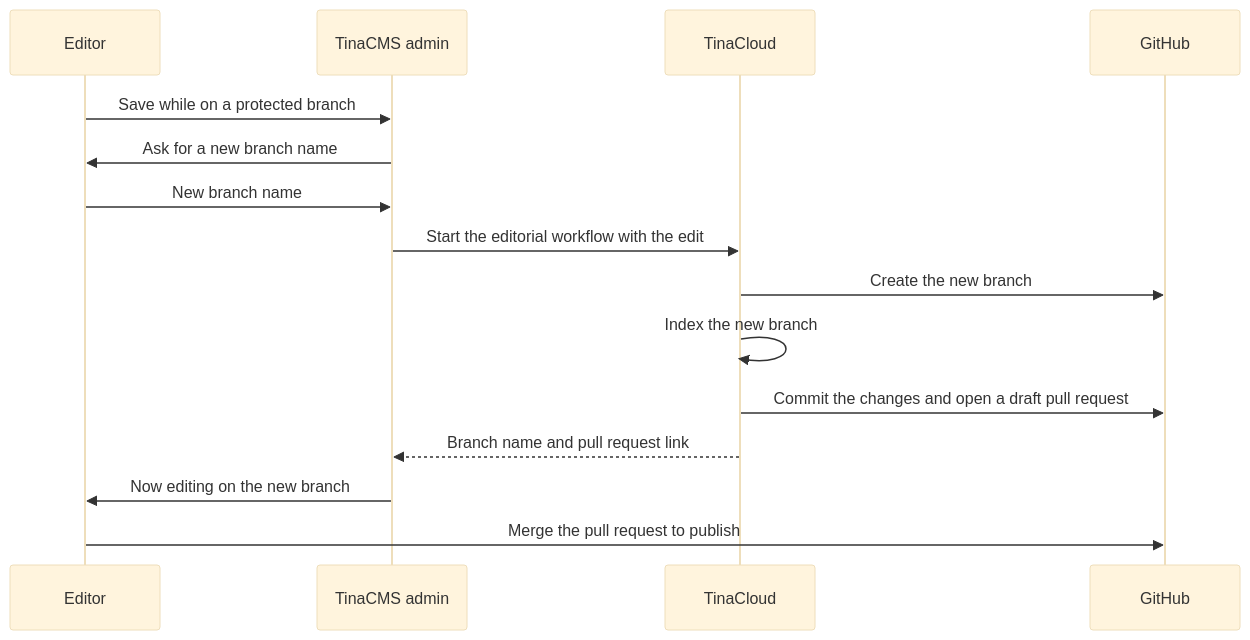
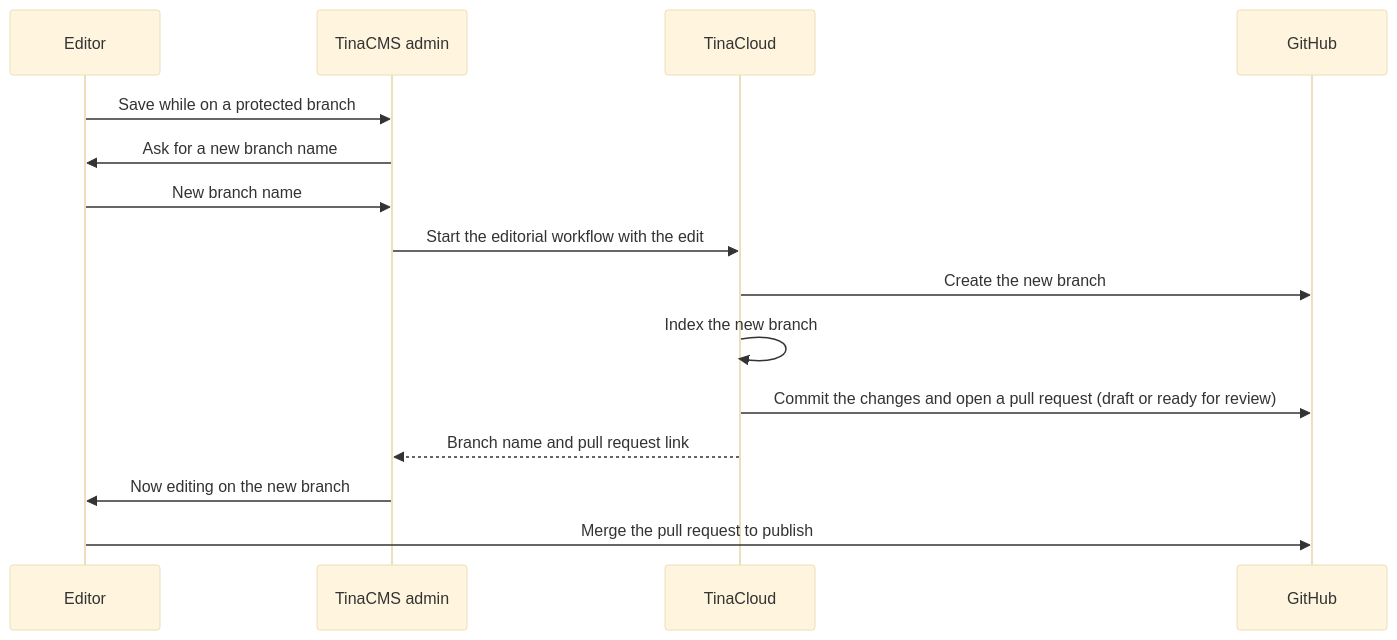
Before and after one commit to tinacms/docs: the diagram in content/docs/tinacloud/editorial-workflow.mdx, drawn with Mermaid (base theme). The commit also changed other lines of this file and 1 other file, not shown here.

First line of the commit message:
📝 Document draft and ready-for-review save options in the Editorial Workflow (#69)

````diff
--- a/content/docs/tinacloud/editorial-workflow.mdx
+++ b/content/docs/tinacloud/editorial-workflow.mdx
@@ -48,18 +60,18 @@
 ```mermaid
 sequenceDiagram
     participant Editor
     participant Admin as TinaCMS admin
     participant Cloud as TinaCloud
     participant GitHub
 
     Editor->>Admin: Save while on a protected branch
     Admin->>Editor: Ask for a new branch name
     Editor->>Admin: New branch name
     Admin->>Cloud: Start the editorial workflow with the edit
     Cloud->>GitHub: Create the new branch
     Cloud->>Cloud: Index the new branch
-    Cloud->>GitHub: Commit the changes and open a draft pull request
+    Cloud->>GitHub: Commit the changes and open a pull request (draft or ready for review)
     Cloud-->>Admin: Branch name and pull request link
     Admin->>Editor: Now editing on the new branch
     Editor->>GitHub: Merge the pull request to publish
 ```
````
